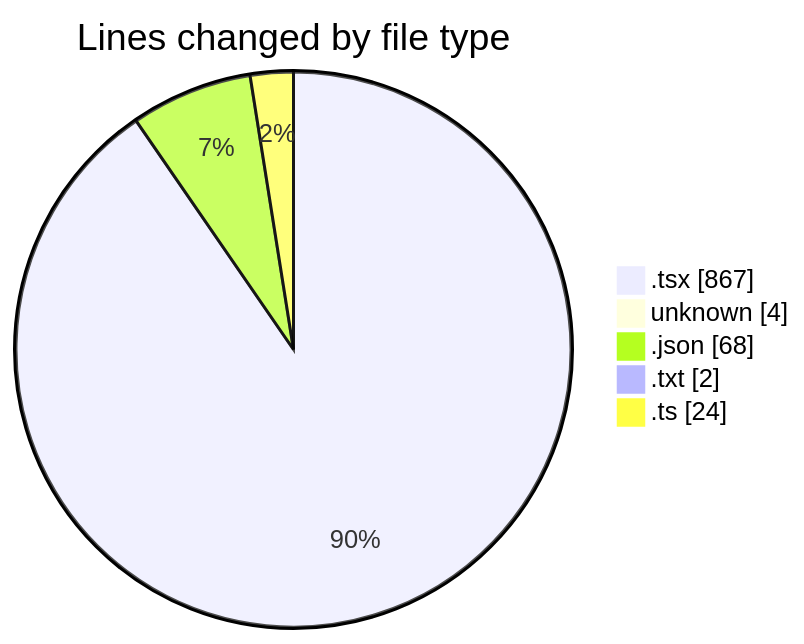
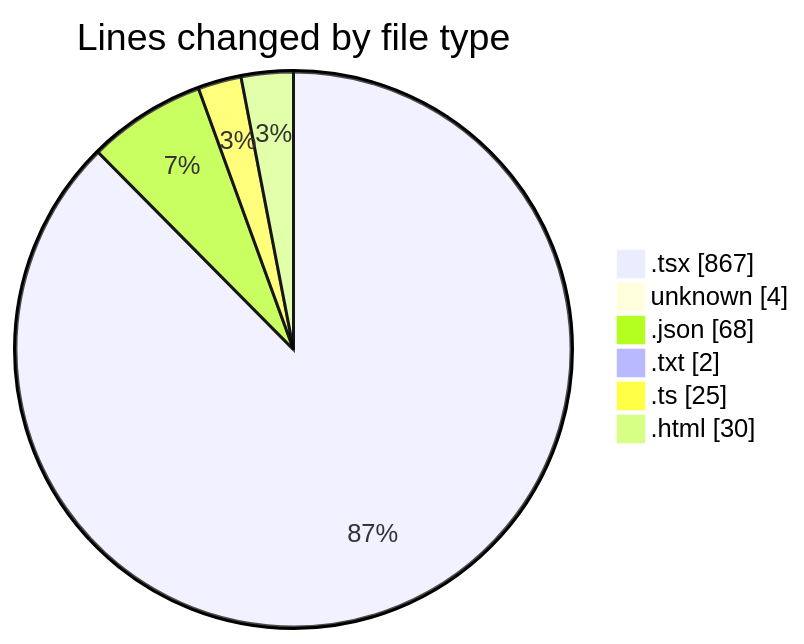
Before and after one commit to robertbonfada/code-tracking: the first of 2 diagrams in 2025-02-27/audiobooks-web/README.md, drawn with Mermaid. The commit also changed other lines of this file and 1 other file, not shown here.

````diff
--- a/2025-02-27/audiobooks-web/README.md
+++ b/2025-02-27/audiobooks-web/README.md
@@ -30,9 +31,10 @@
 ```mermaid
 pie showData
 title Lines changed by file type
 ".tsx" : 867
 "unknown" : 4
 ".json" : 68
 ".txt" : 2
-".ts" : 24
+".ts" : 25
+".html" : 30
 ```
````
